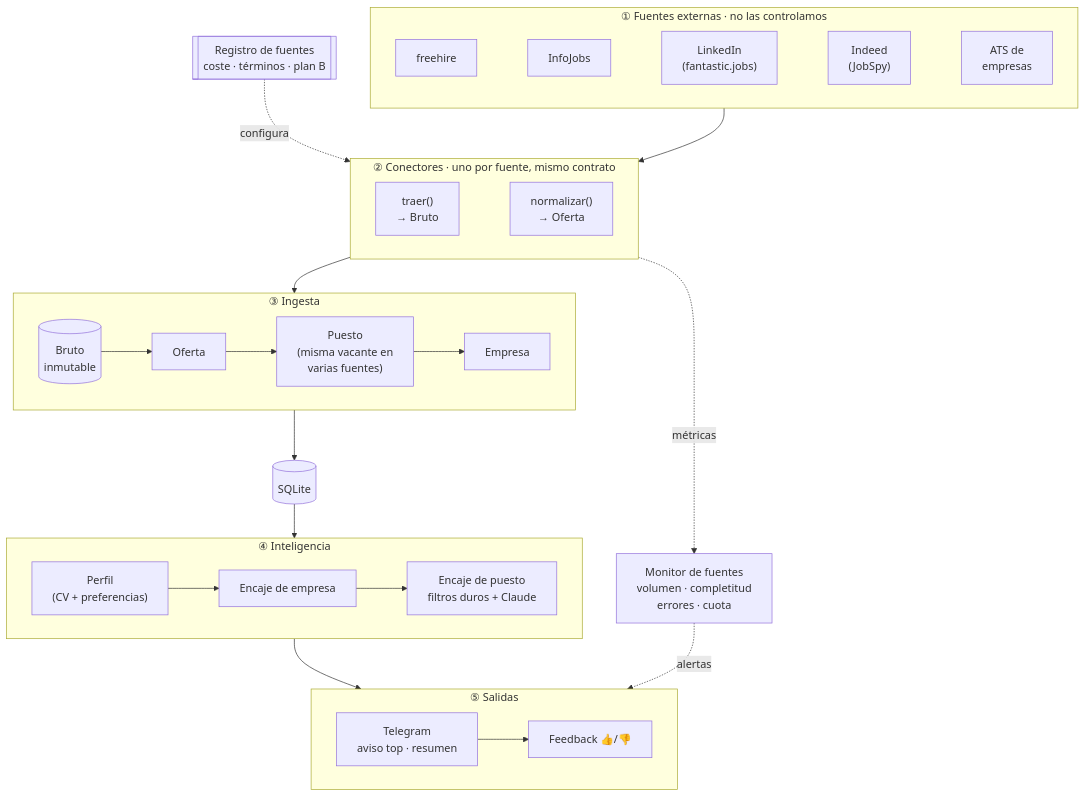
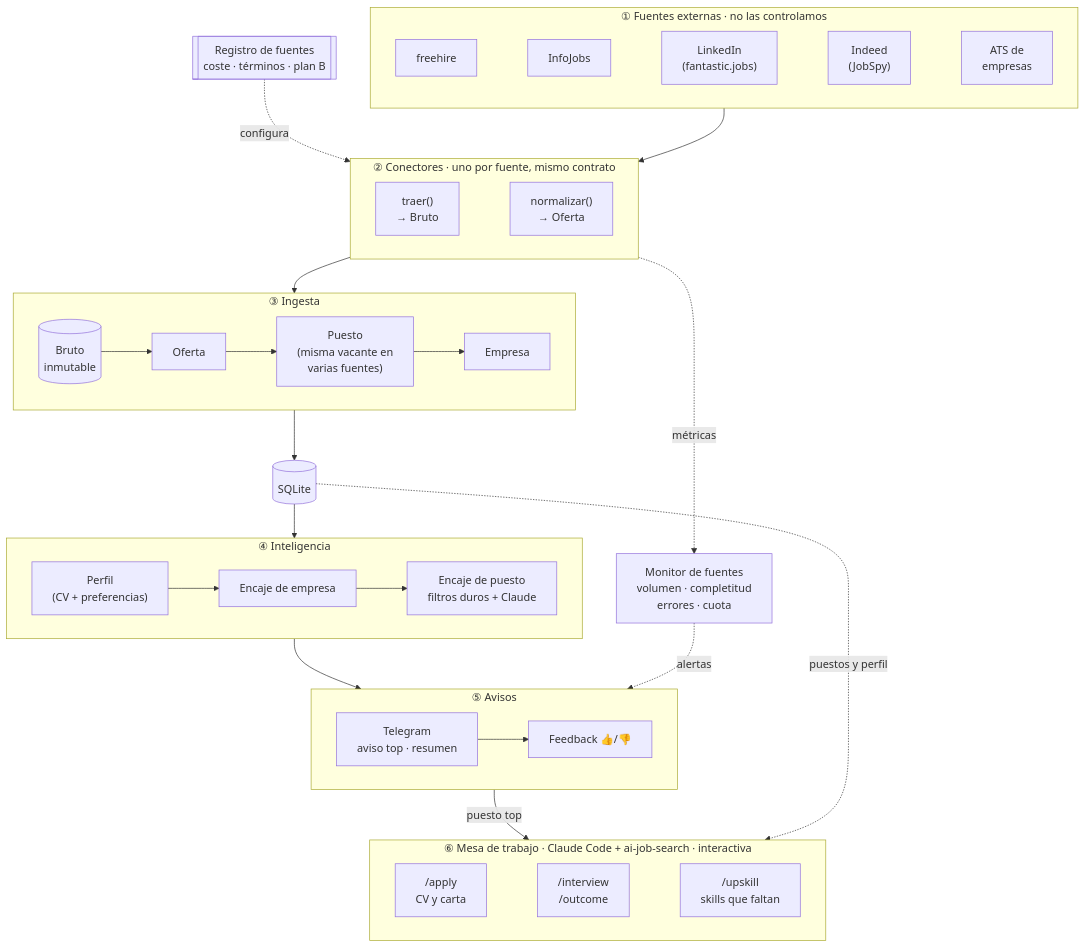
Before and after one commit to rubenhig/job-radar: the first of 2 diagrams in docs/arquitectura.md, drawn with Mermaid. The commit also changed other lines of this file and 3 other files, not shown here.

First line of the commit message:
Mesa de trabajo: ai-job-search integrado como cara interactiva

````diff
--- a/docs/arquitectura.md
+++ b/docs/arquitectura.md
@@ -23,37 +28,44 @@
 ```mermaid
 flowchart TB
     subgraph EXT["① Fuentes externas · no las controlamos"]
         direction LR
         FH[freehire] ~~~ IJ[InfoJobs] ~~~ LI["LinkedIn<br/>(fantastic.jobs)"] ~~~ IN["Indeed<br/>(JobSpy)"] ~~~ AT["ATS de<br/>empresas"]
     end
 
     subgraph CON["② Conectores · uno por fuente, mismo contrato"]
         direction LR
         TR["traer()<br/>→ Bruto"] ~~~ NZ["normalizar()<br/>→ Oferta"]
     end
 
     REG[["Registro de fuentes<br/>coste · términos · plan B"]]
     MON["Monitor de fuentes<br/>volumen · completitud<br/>errores · cuota"]
 
     subgraph ING["③ Ingesta"]
         direction LR
         BR[(Bruto<br/>inmutable)] --> NO[Oferta] --> PU["Puesto<br/>(misma vacante en<br/>varias fuentes)"] --> EM[Empresa]
     end
 
     DB[(SQLite)]
 
     subgraph INT["④ Inteligencia"]
         direction LR
         PER["Perfil<br/>(CV + preferencias)"] --> PE[Encaje de empresa] --> PO["Encaje de puesto<br/>filtros duros + Claude"]
     end
 
-    subgraph SAL["⑤ Salidas"]
+    subgraph SAL["⑤ Avisos"]
         direction LR
         AV["Telegram<br/>aviso top · resumen"] --> FB["Feedback 👍/👎"]
+    end
+
+    subgraph MESA["⑥ Mesa de trabajo · Claude Code + ai-job-search · interactiva"]
+        direction LR
+        AP["/apply<br/>CV y carta"] ~~~ IV["/interview<br/>/outcome"] ~~~ UP["/upskill<br/>skills que faltan"]
     end
 
     REG -. configura .-> CON
     EXT --> CON --> ING --> DB --> INT --> SAL
     CON -. métricas .-> MON
     MON -. alertas .-> SAL
+    SAL -- "puesto top" --> MESA
+    DB -. "puestos y perfil" .-> MESA
 ```
````
